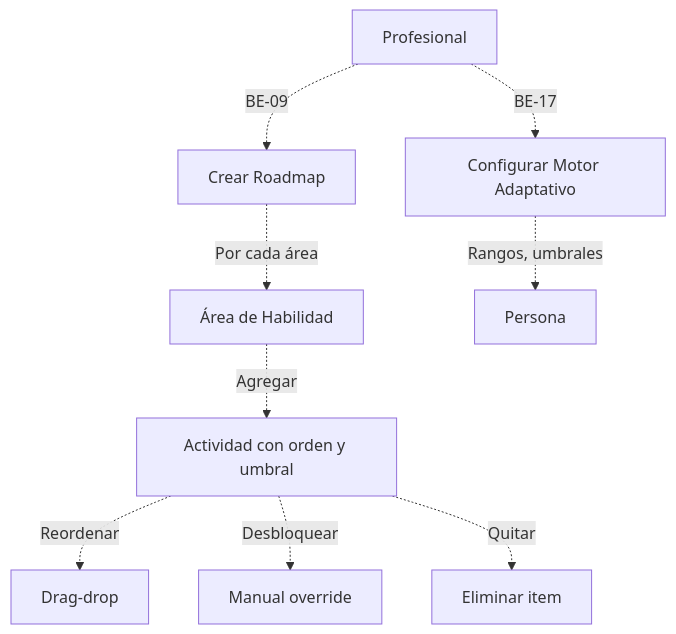
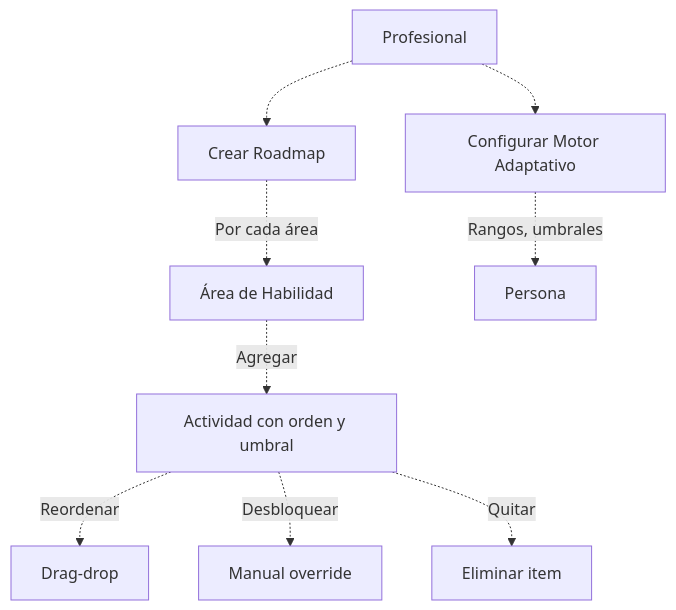
Before and after one commit to Sacha-html/InclusiON: the diagram in Process/11-gestion-plan-trabajo.md, drawn with Mermaid. The commit also changed other lines of this file and 15 other files, not shown here.

````diff
--- a/Process/11-gestion-plan-trabajo.md
+++ b/Process/11-gestion-plan-trabajo.md
@@ -44,13 +44,13 @@
 ```mermaid
 flowchart TD
-    PROF[Profesional] -.->|BE-09| ROAD[Crear Roadmap]
+    PROF[Profesional] -.-> ROAD[Crear Roadmap]
     ROAD -.->|Por cada área| AREA[Área de Habilidad]
     AREA -.->|Agregar| ACT[Actividad con orden y umbral]
     ACT -.->|Reordenar| REORD[Drag-drop]
     ACT -.->|Desbloquear| UNLOCK[Manual override]
     ACT -.->|Quitar| DEL[Eliminar item]
 
-    PROF -.->|BE-17| MDA_CFG[Configurar Motor Adaptativo]
+    PROF -.-> MDA_CFG[Configurar Motor Adaptativo]
     MDA_CFG -.->|Rangos, umbrales| PCD[Persona]
 
 ```
````
